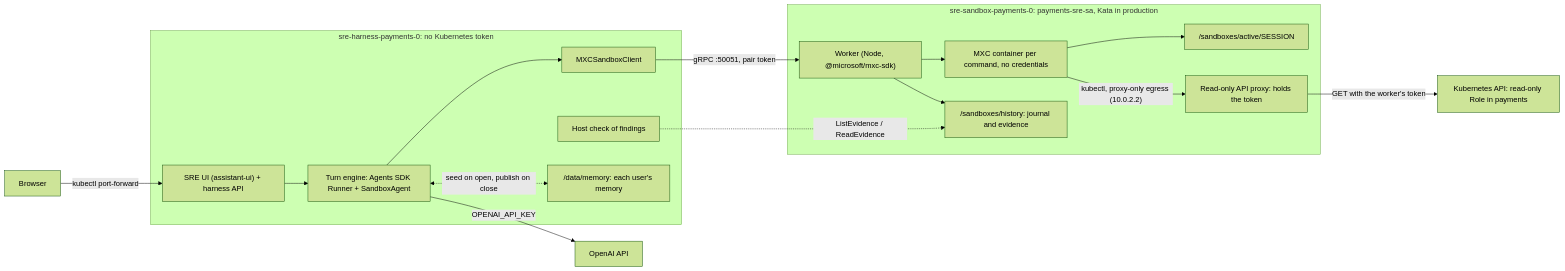
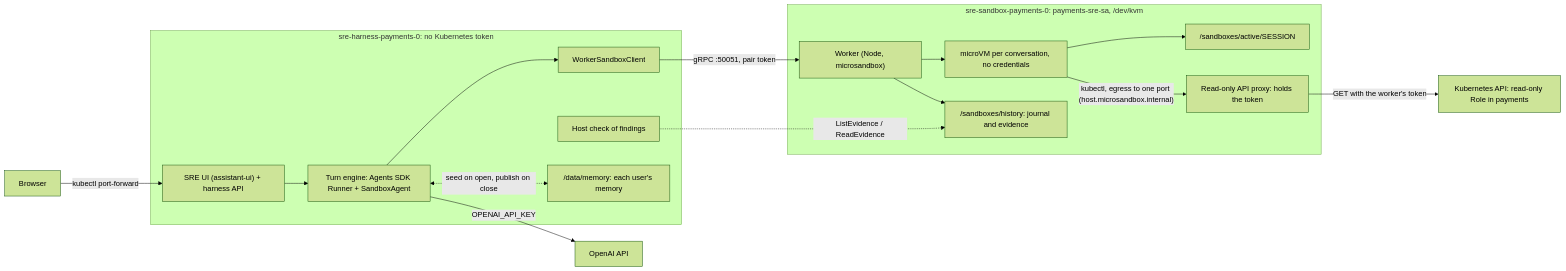
Before and after one commit to SatyKrish/openai-agent-microsandbox: the diagram in docs/architecture.md, drawn with Mermaid (forest theme). The commit also changed other lines of this file and 72 other files, not shown here.

````diff
--- a/docs/architecture.md
+++ b/docs/architecture.md
@@ -11,22 +11,22 @@
 ```mermaid
 flowchart LR
     Browser -->|kubectl port-forward| UI
     subgraph Harness["sre-harness-payments-0: no Kubernetes token"]
         UI["SRE UI (assistant-ui) + harness API"] --> Loop["Turn engine: Agents SDK Runner + SandboxAgent"]
-        Loop --> Client["MXCSandboxClient"]
+        Loop --> Client["WorkerSandboxClient"]
         Check["Host check of findings"]
         Memory["/data/memory: each user's memory"]
         Loop <-.->|"seed on open, publish on close"| Memory
     end
     Loop -->|"OPENAI_API_KEY"| API["OpenAI API"]
     Client -->|"gRPC :50051, pair token"| Worker
-    subgraph Sandbox["sre-sandbox-payments-0: payments-sre-sa, Kata in production"]
-        Worker["Worker (Node, @microsoft/mxc-sdk)"]
-        Worker --> Container["MXC container per command, no credentials"]
+    subgraph Sandbox["sre-sandbox-payments-0: payments-sre-sa, /dev/kvm"]
+        Worker["Worker (Node, microsandbox)"]
+        Worker --> VM["microVM per conversation, no credentials"]
         Worker --> Journal["/sandboxes/history: journal and evidence"]
-        Container --> Workspace["/sandboxes/active/SESSION"]
-        Container -->|"kubectl, proxy-only egress (10.0.2.2)"| Proxy["Read-only API proxy: holds the token"]
+        VM --> Workspace["/sandboxes/active/SESSION"]
+        VM -->|"kubectl, egress to one port (host.microsandbox.internal)"| Proxy["Read-only API proxy: holds the token"]
     end
     Proxy -->|"GET with the worker's token"| K8s["Kubernetes API: read-only Role in payments"]
     Check -.->|"ListEvidence / ReadEvidence"| Journal
 ```
````
